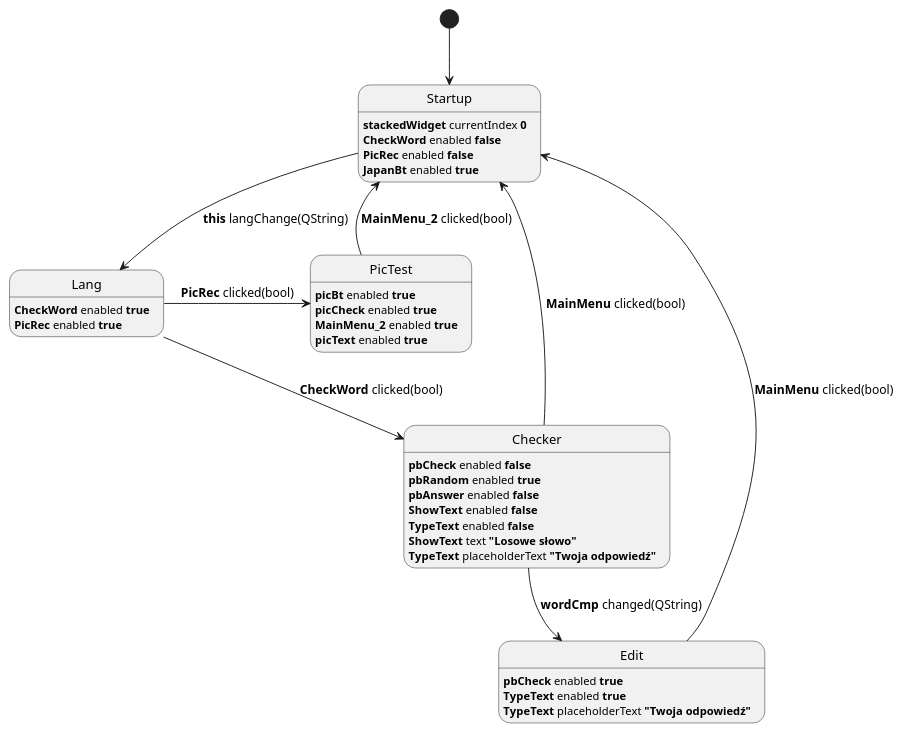
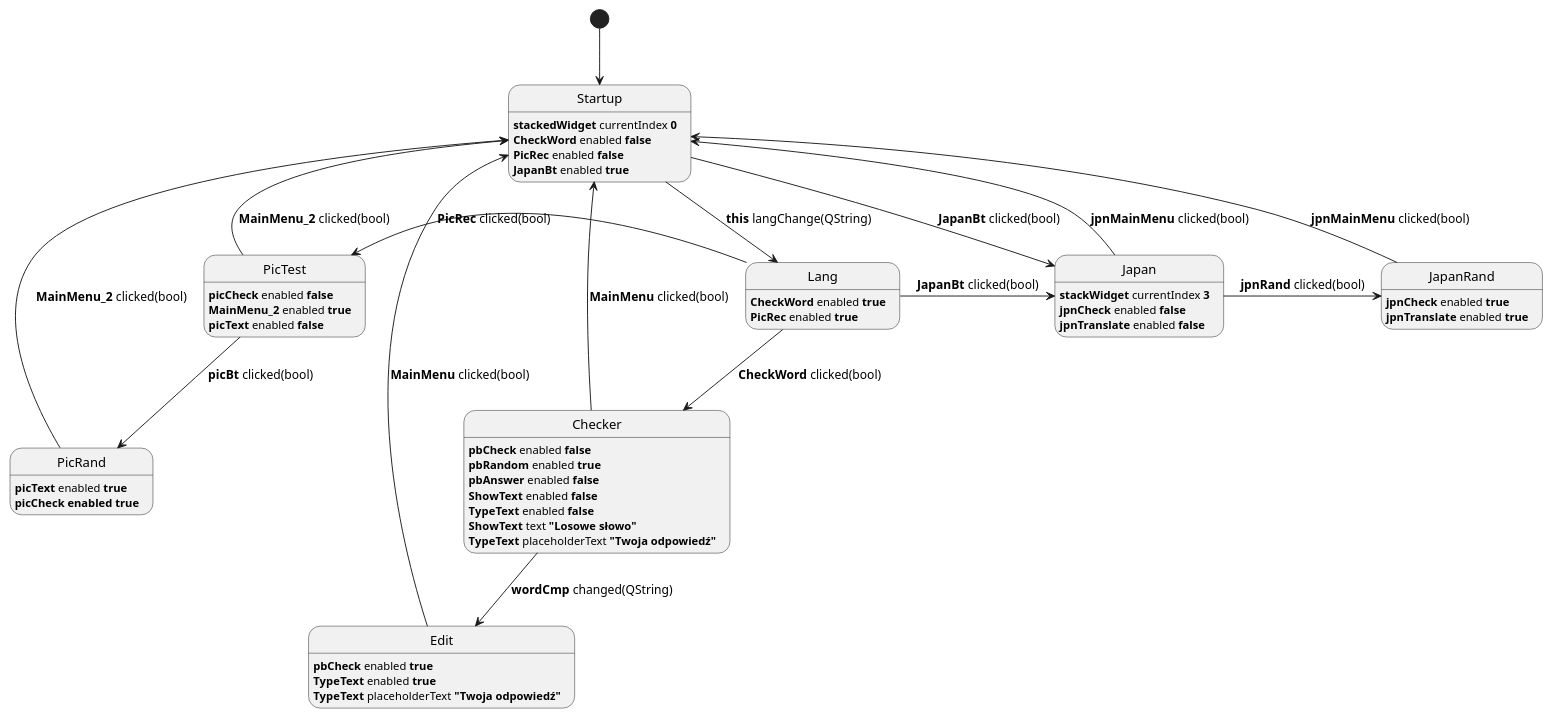
The diagram in uml/state.puml (rafalbober/QtLanguageApp), drawn with PlantUML before and after one commit. The commit also changed 1 other file, not shown here.

```diff
--- a/uml/state.puml
+++ b/uml/state.puml
@@ -1,39 +1,57 @@
 @startuml
 
 [*] -down-> Startup
 Startup -down-> Lang : <b>this</b> langChange(QString)
+Startup -right-> Japan : <b>JapanBt</b> clicked(bool)
+Lang -right-> Japan : <b>JapanBt</b> clicked(bool)
 Lang -down-> Checker : <b>CheckWord</b> clicked(bool)
-Lang -right-> PicTest : <b>PicRec</b> clicked(bool)
+Lang -left-> PicTest : <b>PicRec</b> clicked(bool)
 PicTest -up-> Startup : <b>MainMenu_2</b> clicked(bool)
+PicTest -down-> PicRand : <b>picBt</b> clicked(bool)
+PicRand -up-> Startup : <b>MainMenu_2</b> clicked(bool)
 Checker -left->Startup : <b>MainMenu</b> clicked(bool)
 Checker -down->Edit : <b>wordCmp</b> changed(QString)
 Edit -left-> Startup : <b>MainMenu</b> clicked(bool)
+Japan -right->JapanRand : <b>jpnRand</b> clicked(bool)
+Japan -left->Startup : <b>jpnMainMenu</b> clicked(bool)
+JapanRand -left->Startup : <b>jpnMainMenu</b> clicked(bool)
  
 
 Startup: <b>stackedWidget</b> currentIndex <b>0</b>
 Startup: <b>CheckWord</b> enabled <b>false</b>
 Startup: <b>PicRec</b> enabled <b>false</b>
 Startup: <b>JapanBt</b> enabled <b>true</b>
 
 Lang: <b>CheckWord</b> enabled <b>true</b>
 Lang: <b>PicRec</b> enabled <b>true</b>
 
 Checker: <b>pbCheck</b> enabled <b>false</b>
 Checker: <b>pbRandom</b> enabled <b>true</b>
 Checker: <b>pbAnswer</b> enabled <b>false</b>
 Checker: <b>ShowText</b> enabled <b>false</b>
 Checker: <b>TypeText</b> enabled <b>false</b>
 Checker: <b>ShowText</b> text <b>"Losowe słowo"</b>
 Checker: <b>TypeText</b> placeholderText <b>"Twoja odpowiedź"</b>
 
 Edit: <b>pbCheck</b> enabled <b>true</b>
 Edit: <b>TypeText</b> enabled <b>true</b>
 Edit: <b>TypeText</b> placeholderText <b>"Twoja odpowiedź"</b>
 
-PicTest: <b>picBt</b> enabled <b>true</b>
-PicTest: <b>picCheck</b> enabled <b>true</b>
+PicTest: <b>picCheck</b> enabled <b>false</b>
 PicTest: <b>MainMenu_2</b> enabled <b>true</b>
-PicTest: <b>picText</b> enabled <b>true</b>
+PicTest: <b>picText</b> enabled <b>false</b>
+
+PicRand: <b>picText</b> enabled <b>true</b>
+PicRand: <b>picCheck<b> enabled <b>true</b>
+
+Japan: <b>stackWidget</b> currentIndex <b>3</b>
+Japan: <b>jpnCheck</b> enabled <b>false</b>
+Japan: <b>jpnTranslate</b> enabled <b>false</b>
+
+JapanRand: <b>jpnCheck</b> enabled <b>true</b>
+JapanRand: <b>jpnTranslate</b> enabled <b>true</b>
+
+
 
 
 @enduml
```
